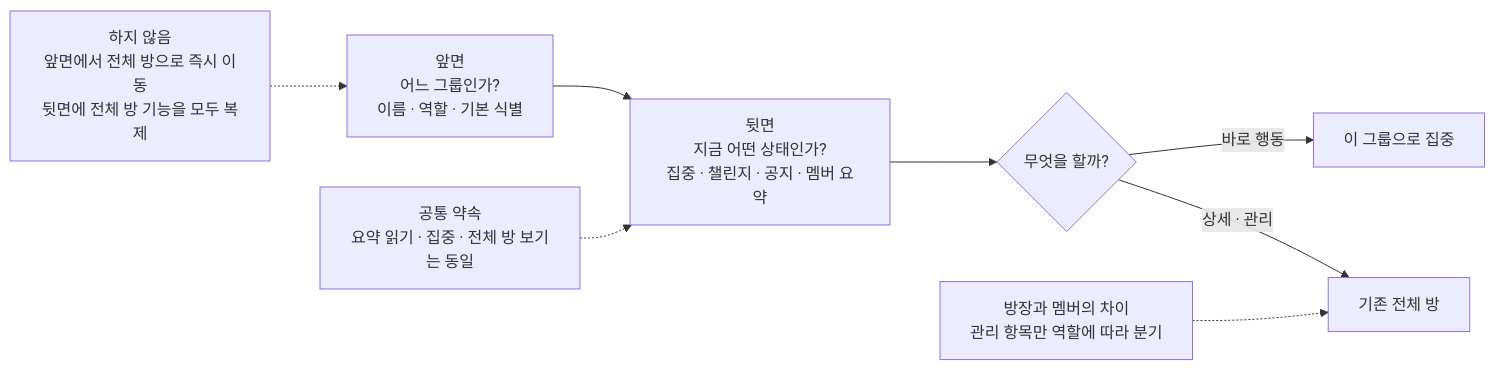
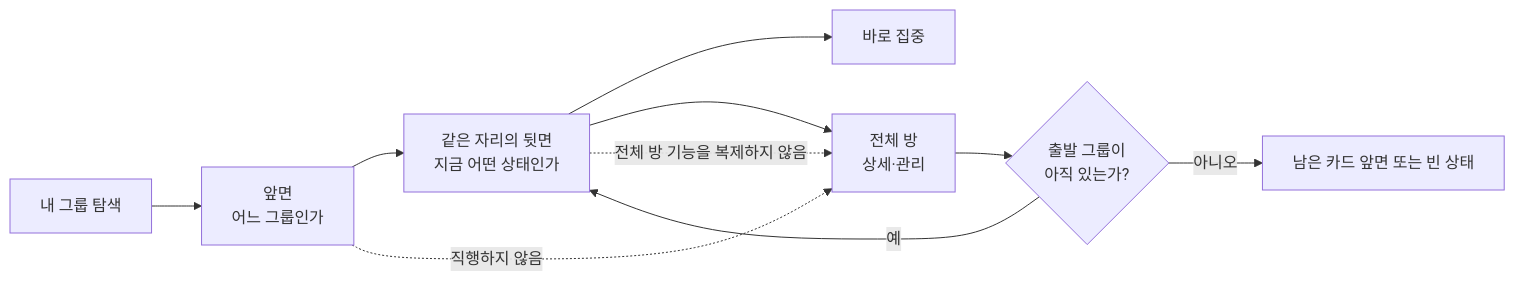
The first of 2 diagrams in docs/prd/group/features/02-my-groups/information-architecture.md (OneOrThree/phone), drawn with Mermaid before and after one commit. The commit also changed other lines of this file and 21 other files, not shown here.

````diff
--- a/docs/prd/group/features/02-my-groups/information-architecture.md
+++ b/docs/prd/group/features/02-my-groups/information-architecture.md
@@ -55,11 +18,13 @@
 ```mermaid
 flowchart LR
-    FRONT["앞면<br/>어느 그룹인가?<br/>이름 · 역할 · 기본 식별"] --> BACK["뒷면<br/>지금 어떤 상태인가?<br/>집중 · 챌린지 · 공지 · 멤버 요약"]
-    BACK --> CHOICE{"무엇을 할까?"}
-    CHOICE -->|바로 행동| FOCUS["이 그룹으로 집중"]
-    CHOICE -->|상세 · 관리| ROOM["기존 전체 방"]
+    List["내 그룹 탐색"] --> Front["앞면<br/>어느 그룹인가"]
+    Front --> Back["같은 자리의 뒷면<br/>지금 어떤 상태인가"]
+    Back --> Focus["바로 집중"]
+    Back --> Room["전체 방<br/>상세·관리"]
+    Room --> Return{"출발 그룹이<br/>아직 있는가?"}
+    Return -->|예| Back
+    Return -->|아니오| Safe["남은 카드 앞면 또는 빈 상태"]
 
-    ROLE["방장과 멤버의 차이<br/>관리 항목만 역할에 따라 분기"] -.-> ROOM
-    COMMON["공통 약속<br/>요약 읽기 · 집중 · 전체 방 보기는 동일"] -.-> BACK
-    BOUNDARY["하지 않음<br/>앞면에서 전체 방으로 즉시 이동<br/>뒷면에 전체 방 기능을 모두 복제"] -.-> FRONT
+    Front -.->|"직행하지 않음"| Room
+    Back -.->|"전체 방 기능을 복제하지 않음"| Room
 ```
````
